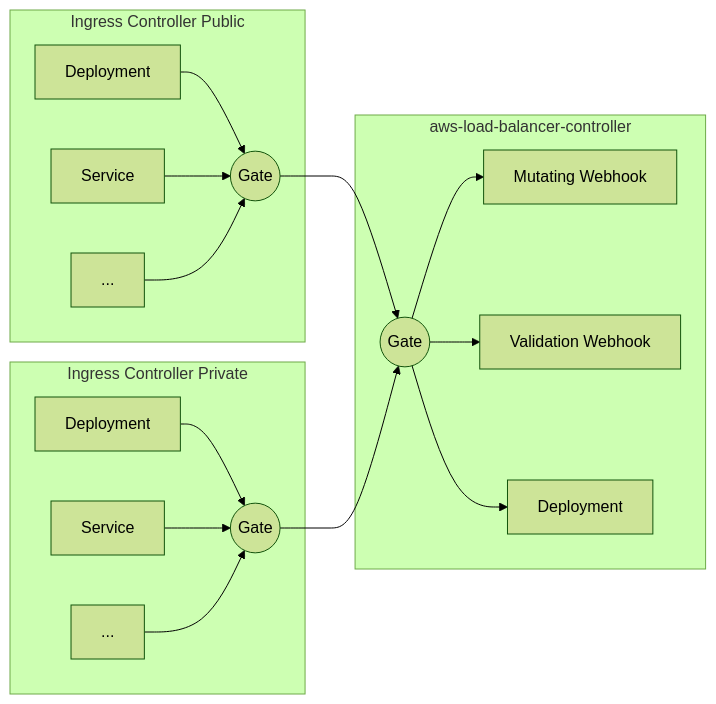
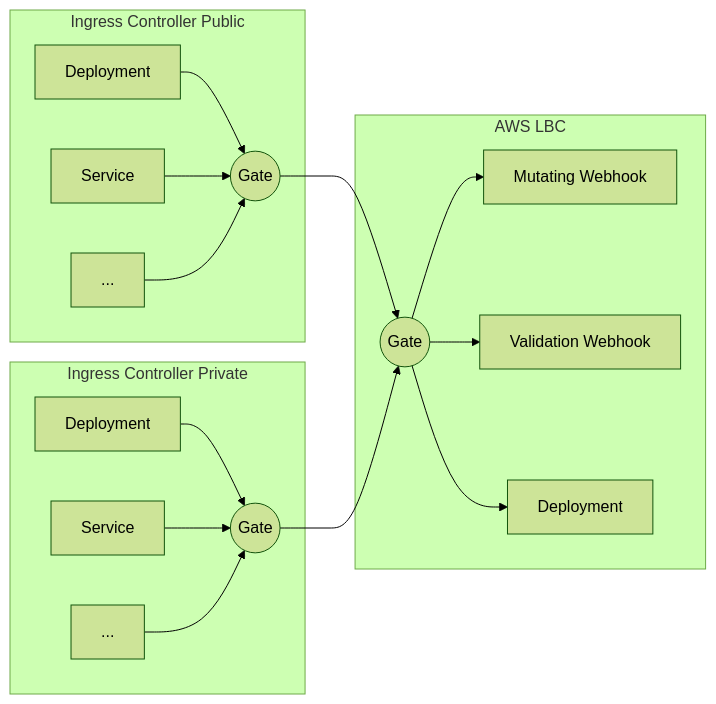
The second of 2 diagrams in doc/docs/patterns.md (robinlioret/gate-operator), drawn with Mermaid (forest theme) before and after one commit. The commit also changed other lines of this file and 2 other files, not shown here.

Commit message:
doc: improve mkdocs configuration and fix some typos

````diff
--- a/doc/docs/patterns.md
+++ b/doc/docs/patterns.md
@@ -87,29 +87,29 @@
 ```mermaid
 flowchart LR
-    subgraph lbc[aws-load-balancer-controller]
+    subgraph lbc[AWS LBC]
         lbc-mhook[Mutating Webhook]
         lbc-vhook[Validation Webhook]
         lbc-deploy[Deployment]
         lbc-gate((Gate))
         lbc-gate --> lbc-mhook & lbc-deploy & lbc-vhook
     end
 
     subgraph ing1[Ingress Controller Public]
         ing1-gate((Gate))
         ing1-deploy[Deployment]
         ing1-svc[Service]
         ing1-other[...]
         ing1-deploy & ing1-svc & ing1-other --> ing1-gate
     end
 
     subgraph ing2[Ingress Controller Private]
         ing2-gate((Gate))
         ing2-deploy[Deployment]
         ing2-svc[Service]
         ing2-other[...]
         ing2-deploy & ing2-svc & ing2-other  --> ing2-gate
     end
     
     ing1-gate --> lbc-gate
     ing2-gate --> lbc-gate
 ```
````
